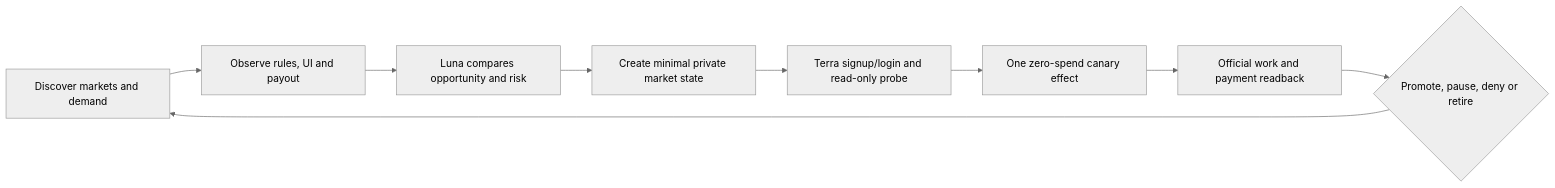
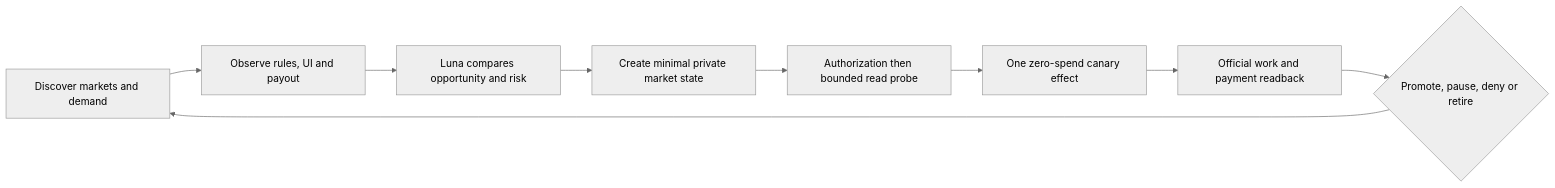
Before and after one commit to Daisuke134/anicca: the fifth of 10 diagrams in docs/superpowers/specs/2026-08-22-life-manager-gig-economy-loop-design.md, drawn with Mermaid (neutral theme). The commit also changed other lines of this file and 1 other file, not shown here.

````diff
--- a/docs/superpowers/specs/2026-08-22-life-manager-gig-economy-loop-design.md
+++ b/docs/superpowers/specs/2026-08-22-life-manager-gig-economy-loop-design.md
@@ -770,11 +789,11 @@
 ```mermaid
 flowchart LR
   D[Discover markets and demand] --> O[Observe rules, UI and payout]
   O --> J[Luna compares opportunity and risk]
   J --> M[Create minimal private market state]
-  M --> B[Terra signup/login and read-only probe]
+  M --> B[Authorization then bounded read probe]
   B --> C[One zero-spend canary effect]
   C --> R[Official work and payment readback]
   R --> P{Promote, pause, deny or retire}
   P --> D
 ```
````
